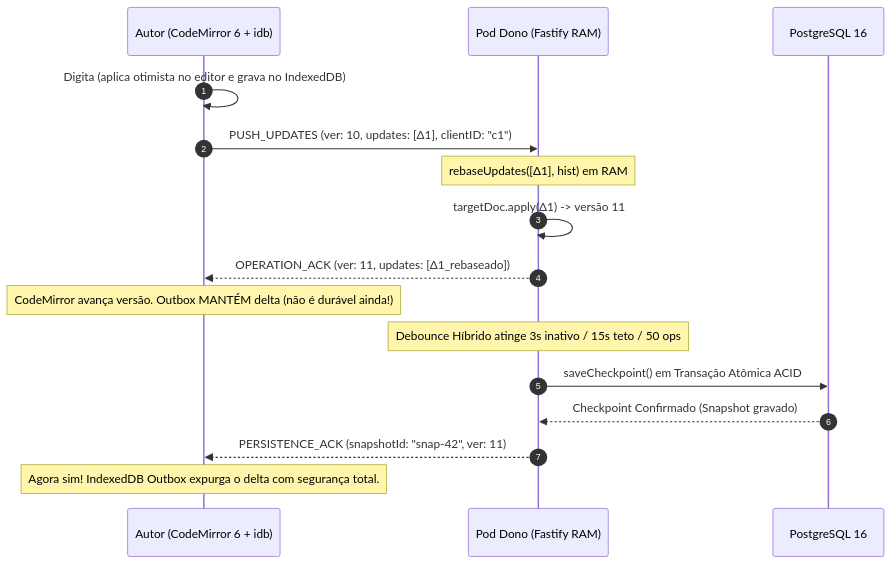
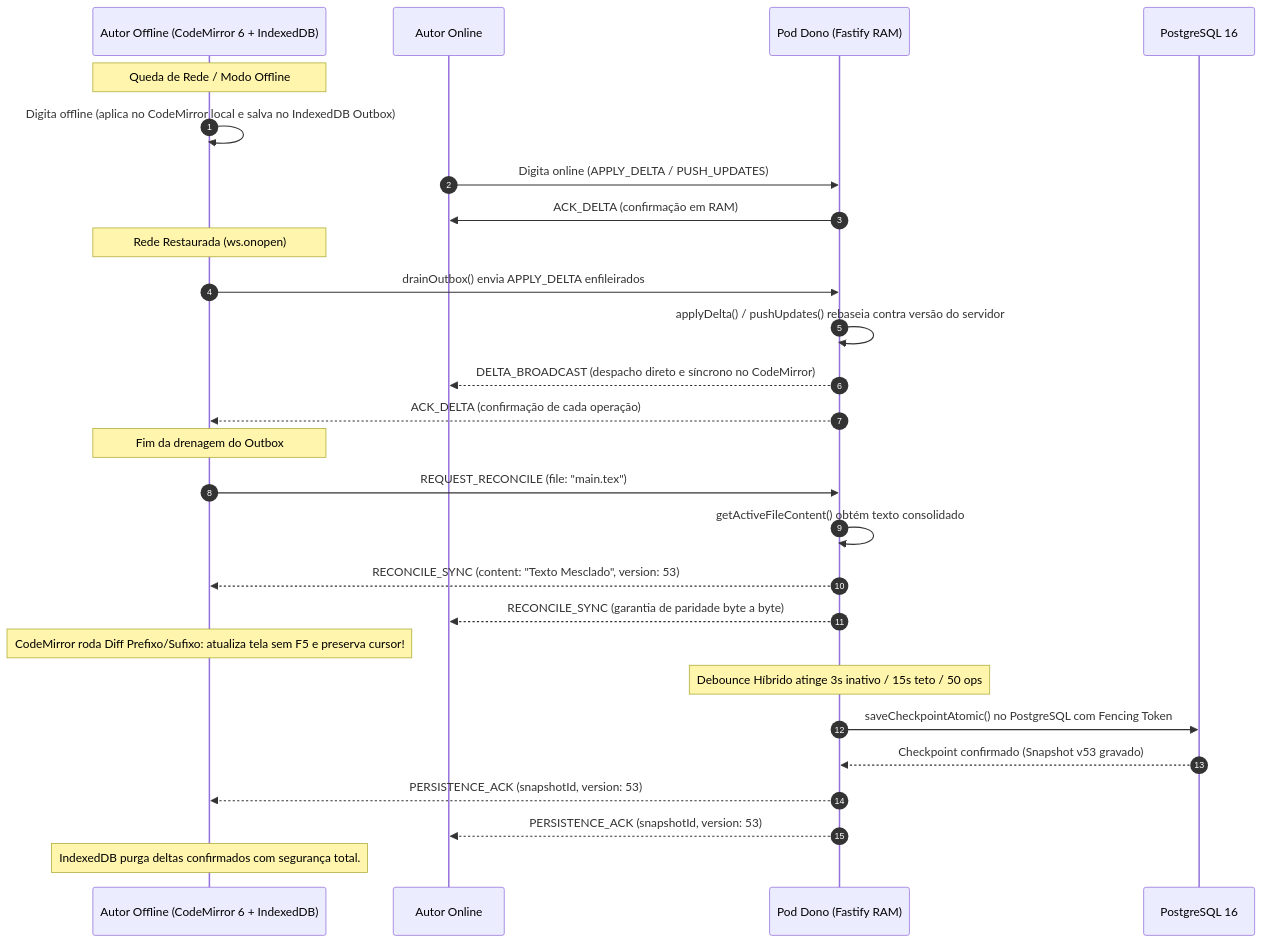
The diagram in docs/specs/collaborative-editor-spec.md (Digital-Analytics-Apps/sci-latex-vscode-ai), drawn with Mermaid before and after one commit. The commit also changed other lines of this file and 27 other files, not shown here.

Commit message:
feat(collab): network boundary, offline read-only mode, local outbox integrity and code review fixes

````diff
--- a/docs/specs/collaborative-editor-spec.md
+++ b/docs/specs/collaborative-editor-spec.md
@@ -167,23 +215,34 @@
 ```mermaid
 sequenceDiagram
     autonumber
-    participant Cli as Autor (CodeMirror 6 + idb)
+    participant Cli as Autor Offline (CodeMirror 6 + IndexedDB)
+    participant Peer as Autor Online
     participant Pod as Pod Dono (Fastify RAM)
     participant PG as PostgreSQL 16
 
-    Cli->>Cli: Digita (aplica otimista no editor e grava no IndexedDB)
-    Cli->>Pod: PUSH_UPDATES (ver: 10, updates: [Δ1], clientID: "c1")
-    
-    Note over Pod: rebaseUpdates([Δ1], hist) em RAM
-    Pod->>Pod: targetDoc.apply(Δ1) -> versão 11
-    
-    Pod-->>Cli: OPERATION_ACK (ver: 11, updates: [Δ1_rebaseado])
-    Note over Cli: CodeMirror avança versão. Outbox MANTÉM delta (não é durável ainda!)
+    Note over Cli: Queda de Rede / Modo Offline
+    Cli->>Cli: Digita offline (aplica no CodeMirror local e salva no IndexedDB Outbox)
+    Peer->>Pod: Digita online (APPLY_DELTA / PUSH_UPDATES)
+    Pod->>Peer: ACK_DELTA (confirmação em RAM)
+
+    Note over Cli: Rede Restaurada (ws.onopen)
+    Cli->>Pod: drainOutbox() envia APPLY_DELTA enfileirados
+    Pod->>Pod: applyDelta() / pushUpdates() rebaseia contra versão do servidor
+    Pod-->>Peer: DELTA_BROADCAST (despacho direto e síncrono no CodeMirror)
+    Pod-->>Cli: ACK_DELTA (confirmação de cada operação)
+
+    Note over Cli: Fim da drenagem do Outbox
+    Cli->>Pod: REQUEST_RECONCILE (file: "main.tex")
+    Pod->>Pod: getActiveFileContent() obtém texto consolidado
+    Pod-->>Cli: RECONCILE_SYNC (content: "Texto Mesclado", version: 53)
+    Pod-->>Peer: RECONCILE_SYNC (garantia de paridade byte a byte)
+
+    Note over Cli: CodeMirror roda Diff Prefixo/Sufixo: atualiza tela sem F5 e preserva cursor!
 
     Note over Pod: Debounce Híbrido atinge 3s inativo / 15s teto / 50 ops
-    Pod->>PG: saveCheckpoint() em Transação Atômica ACID
-    PG-->>Pod: Checkpoint Confirmado (Snapshot gravado)
-    
-    Pod-->>Cli: PERSISTENCE_ACK (snapshotId: "snap-42", ver: 11)
-    Note over Cli: Agora sim! IndexedDB Outbox expurga o delta com segurança total.
+    Pod->>PG: saveCheckpointAtomic() no PostgreSQL com Fencing Token
+    PG-->>Pod: Checkpoint confirmado (Snapshot v53 gravado)
+    Pod-->>Cli: PERSISTENCE_ACK (snapshotId, version: 53)
+    Pod-->>Peer: PERSISTENCE_ACK (snapshotId, version: 53)
+    Note over Cli: IndexedDB purga deltas confirmados com segurança total.
 ```
````
